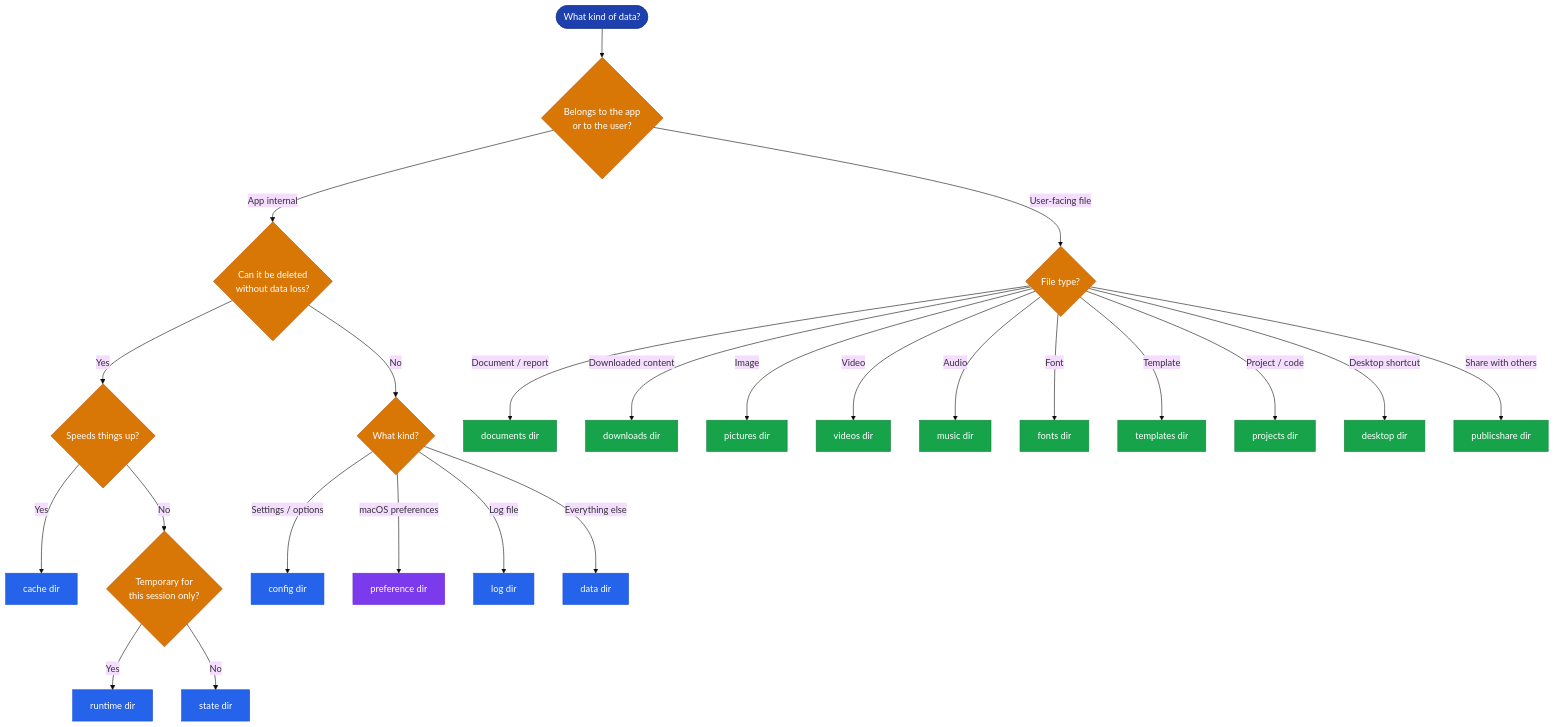
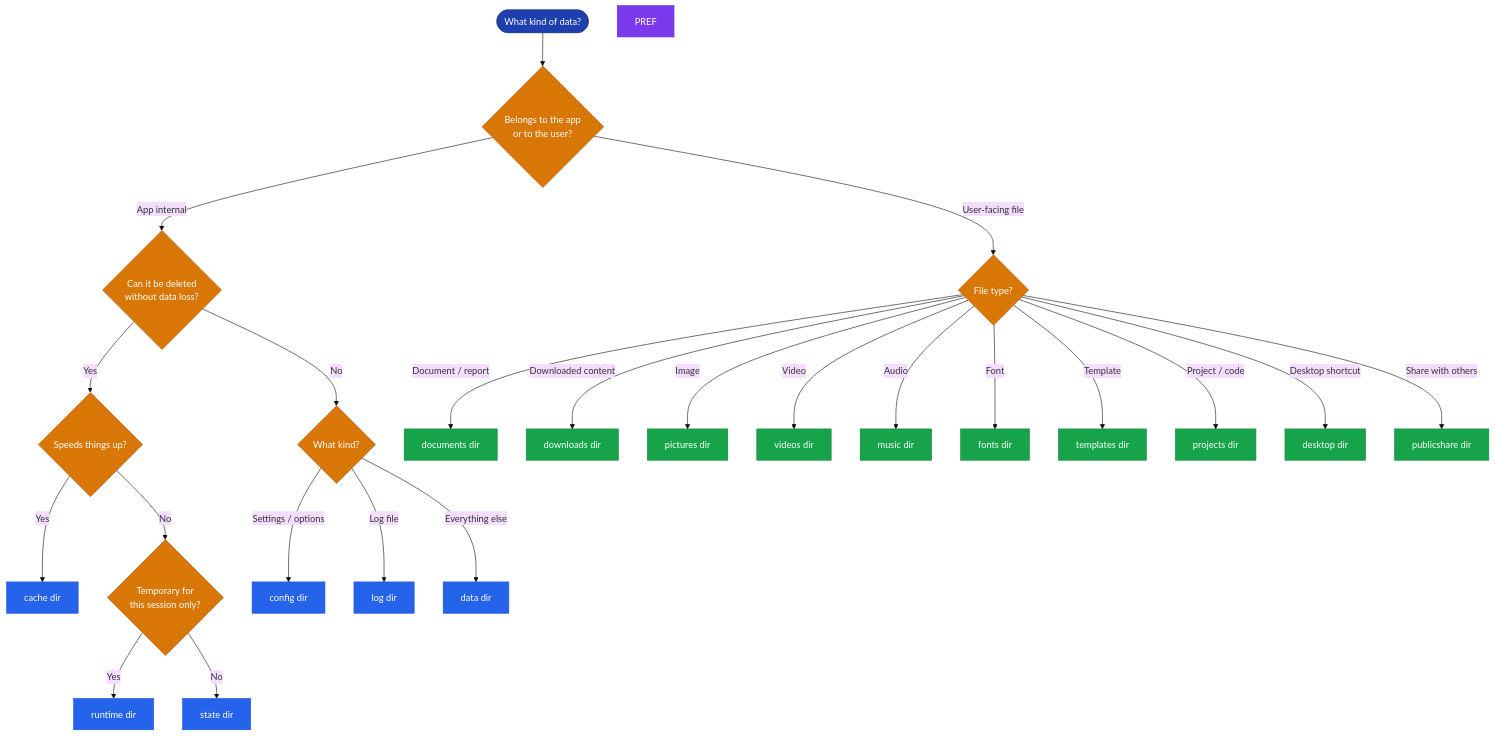
One commit to tox-dev/platformdirs changed the diagram in docs/explanation.rst. Above: the diagram before and after it, drawn with Mermaid (base theme). The commit also changed other lines of this file and 5 other files, not shown here.

First line of the commit message:
🐛 fix(macos): alias preference dir to config dir

```diff
--- a/docs/explanation.rst
+++ b/docs/explanation.rst
@@ -33,55 +32,54 @@
 .. mermaid::
 
     flowchart TD
         A([What kind of data?]) --> B{Belongs to the app<br/>or to the user?}
 
         B -- App internal --> C{Can it be deleted<br/>without data loss?}
         C -- Yes --> D{Speeds things up?}
         D -- Yes --> CACHE[cache dir]
         D -- No --> E{Temporary for<br/>this session only?}
         E -- Yes --> RUNTIME[runtime dir]
         E -- No --> STATE[state dir]
         C -- No --> F{What kind?}
         F -- Settings / options --> CONFIG[config dir]
-        F -- macOS preferences --> PREF[preference dir]
         F -- Log file --> LOG[log dir]
         F -- Everything else --> DATA[data dir]
 
         B -- User-facing file --> G{File type?}
         G -- Document / report --> DOC[documents dir]
         G -- Downloaded content --> DL[downloads dir]
         G -- Image --> PIC[pictures dir]
         G -- Video --> VID[videos dir]
         G -- Audio --> MUS[music dir]
         G -- Font --> FONT[fonts dir]
         G -- Template --> TMPL[templates dir]
         G -- Project / code --> PROJ[projects dir]
         G -- Desktop shortcut --> DESK[desktop dir]
         G -- Share with others --> PUB[publicshare dir]
 
         style A  fill:#1e40af,stroke:#1e3a8a,color:#fff
         style B  fill:#d97706,stroke:#b45309,color:#fff
         style C  fill:#d97706,stroke:#b45309,color:#fff
         style D  fill:#d97706,stroke:#b45309,color:#fff
         style E  fill:#d97706,stroke:#b45309,color:#fff
         style F  fill:#d97706,stroke:#b45309,color:#fff
         style G  fill:#d97706,stroke:#b45309,color:#fff
 
         style CACHE   fill:#2563eb,stroke:#1d4ed8,color:#fff
         style RUNTIME fill:#2563eb,stroke:#1d4ed8,color:#fff
         style STATE   fill:#2563eb,stroke:#1d4ed8,color:#fff
         style CONFIG  fill:#2563eb,stroke:#1d4ed8,color:#fff
         style PREF    fill:#7c3aed,stroke:#6d28d9,color:#fff
         style LOG     fill:#2563eb,stroke:#1d4ed8,color:#fff
         style DATA    fill:#2563eb,stroke:#1d4ed8,color:#fff
 
         style DOC   fill:#16a34a,stroke:#15803d,color:#fff
         style DL    fill:#16a34a,stroke:#15803d,color:#fff
         style PIC   fill:#16a34a,stroke:#15803d,color:#fff
         style VID   fill:#16a34a,stroke:#15803d,color:#fff
         style MUS   fill:#16a34a,stroke:#15803d,color:#fff
         style FONT  fill:#16a34a,stroke:#15803d,color:#fff
         style TMPL  fill:#16a34a,stroke:#15803d,color:#fff
         style PROJ  fill:#16a34a,stroke:#15803d,color:#fff
         style DESK  fill:#16a34a,stroke:#15803d,color:#fff
         style PUB   fill:#16a34a,stroke:#15803d,color:#fff
```
